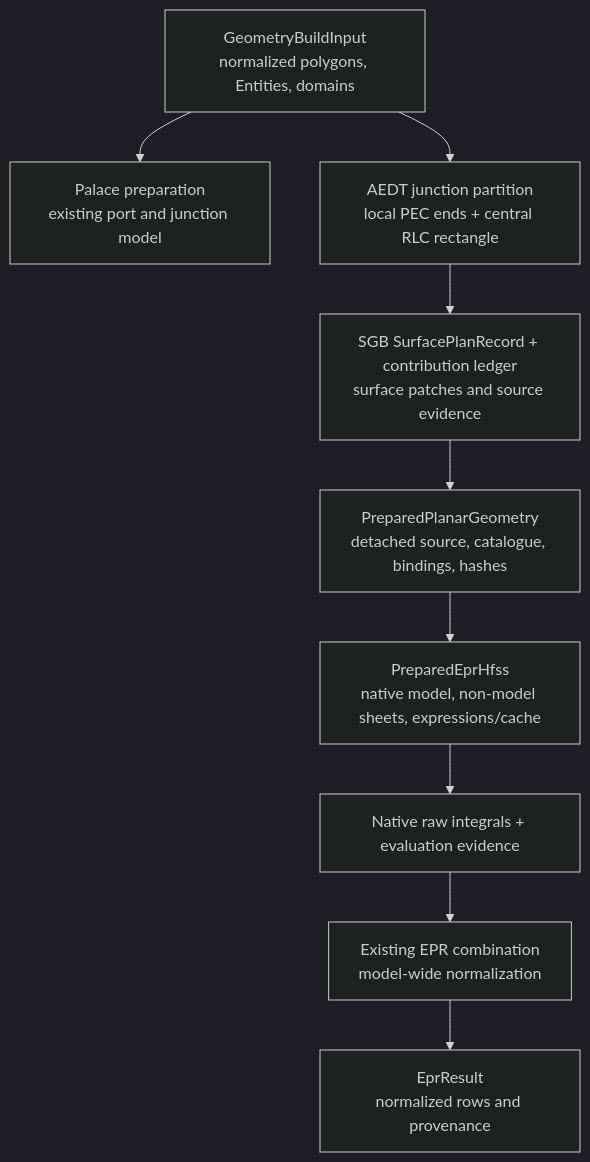
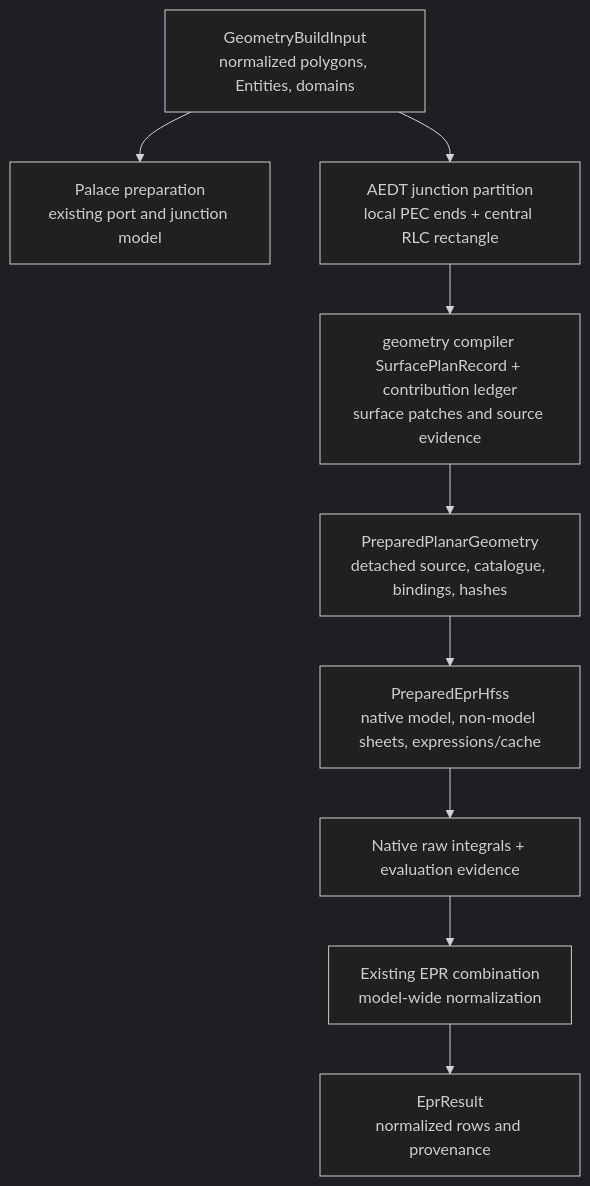
The diagram in docs/specs/aedt-runtime.qmd (OrPenStrike/scgsim), drawn with Mermaid (dark theme) before and after one commit. The commit also changed other lines of this file and 221 other files, not shown here.

````diff
--- a/docs/specs/aedt-runtime.qmd
+++ b/docs/specs/aedt-runtime.qmd
@@ -701,20 +705,20 @@
 ```{mermaid}
 flowchart TB
   INPUT["GeometryBuildInput<br/>normalized polygons, Entities, domains"]
   PALACE["Palace preparation<br/>existing port and junction model"]
   PARTITION["AEDT junction partition<br/>local PEC ends + central RLC rectangle"]
-  PLAN["SGB SurfacePlanRecord + contribution ledger<br/>surface patches and source evidence"]
+  PLAN["geometry compiler SurfacePlanRecord + contribution ledger<br/>surface patches and source evidence"]
   PREPARED["PreparedPlanarGeometry<br/>detached source, catalogue, bindings, hashes"]
   NATIVE["PreparedEprHfss<br/>native model, non-model sheets, expressions/cache"]
   RAW["Native raw integrals + evaluation evidence"]
   COMBINE["Existing EPR combination<br/>model-wide normalization"]
   RESULT["EprResult<br/>normalized rows and provenance"]
   INPUT --> PALACE
   INPUT --> PARTITION
   PARTITION --> PLAN
   PLAN --> PREPARED
   PREPARED --> NATIVE
   NATIVE --> RAW
   RAW --> COMBINE
   COMBINE --> RESULT
 ```
````
